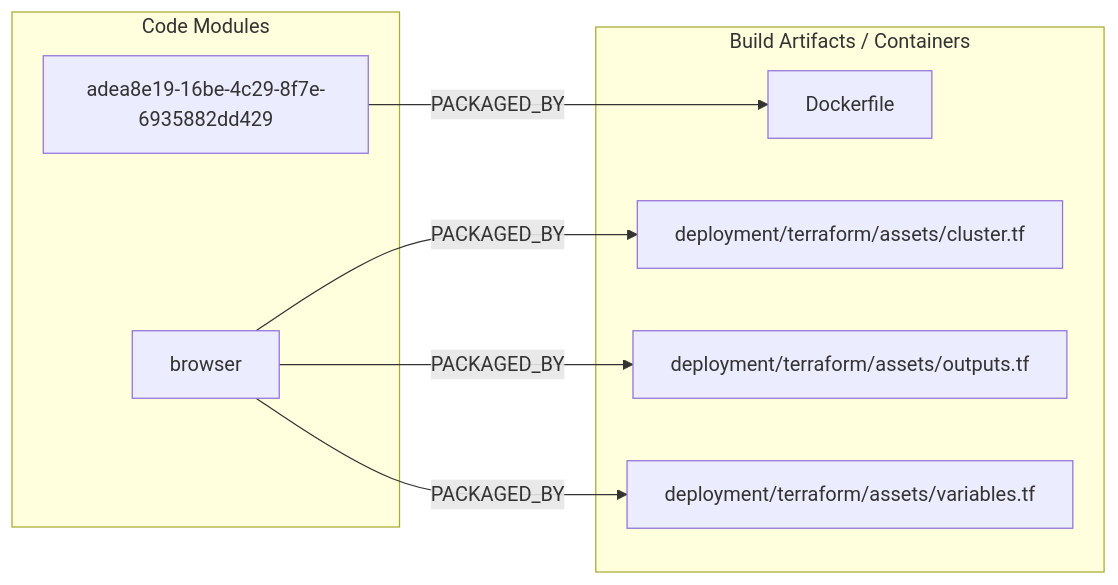
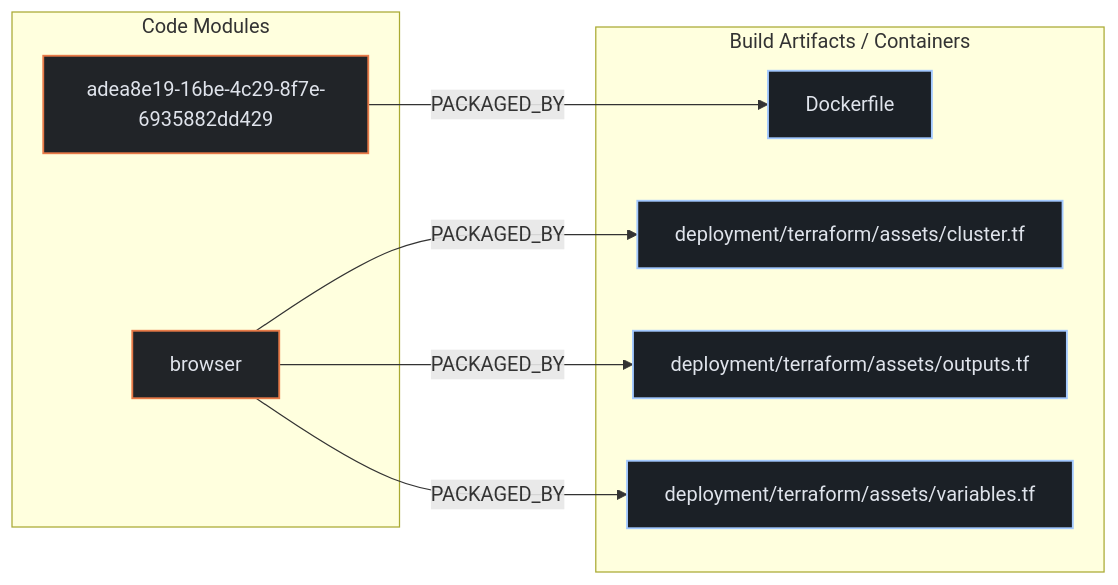
Before and after one commit to kumarshaz/atruss-code-atlas: the second of 3 diagrams in exports/latest/reports/mattermost-mattermost-load-test-ng-report.md, drawn with Mermaid. The commit also changed other lines of this file and 331 other files, not shown here.

Commit message:
docs,ui,fix: update SDLC docs, reorder CI/CD DAG first, stylize Mermaid, and fix Arc42 pipeline topology

````diff
--- a/exports/latest/reports/mattermost-mattermost-load-test-ng-report.md
+++ b/exports/latest/reports/mattermost-mattermost-load-test-ng-report.md
@@ -227,17 +234,21 @@
 ```mermaid
 flowchart LR
+    classDef atlasCategory fill:#212428,stroke:#E87A48,stroke-width:1.5px,color:#dfe3eb
+    classDef atlasWorkflow fill:#1b2026,stroke:#a3c9ff,stroke-width:1.5px,color:#dfe3eb
+    classDef atlasJob fill:#171c22,stroke:#8d9199,stroke-width:1px,color:#dfe3eb
+    classDef atlasTarget fill:#005227,stroke:#8bd99b,stroke-width:1.5px,color:#a7f6b6
     subgraph code_modules["Code Modules"]
-        mod_adea8e19_16be_4c29_8f7e_6935882dd429["adea8e19-16be-4c29-8f7e-6935882dd429"]
-        mod_browser["browser"]
+        mod_adea8e19_16be_4c29_8f7e_6935882dd429["adea8e19-16be-4c29-8f7e-6935882dd429"]:::atlasCategory
+        mod_browser["browser"]:::atlasCategory
     end
     subgraph build_artifacts["Build Artifacts / Containers"]
-        art_Dockerfile["Dockerfile"]
-        art_deployment_terraform_assets_cluster_tf["deployment/terraform/assets/cluster.tf"]
-        art_deployment_terraform_assets_outputs_tf["deployment/terraform/assets/outputs.tf"]
-        art_deployment_terraform_assets_variables_tf["deployment/terraform/assets/variables.tf"]
+        art_Dockerfile["Dockerfile"]:::atlasWorkflow
+        art_deployment_terraform_assets_cluster_tf["deployment/terraform/assets/cluster.tf"]:::atlasWorkflow
+        art_deployment_terraform_assets_outputs_tf["deployment/terraform/assets/outputs.tf"]:::atlasWorkflow
+        art_deployment_terraform_assets_variables_tf["deployment/terraform/assets/variables.tf"]:::atlasWorkflow
     end
     mod_adea8e19_16be_4c29_8f7e_6935882dd429 -->|PACKAGED_BY| art_Dockerfile
     mod_browser -->|PACKAGED_BY| art_deployment_terraform_assets_cluster_tf
     mod_browser -->|PACKAGED_BY| art_deployment_terraform_assets_outputs_tf
     mod_browser -->|PACKAGED_BY| art_deployment_terraform_assets_variables_tf
 ```
````
